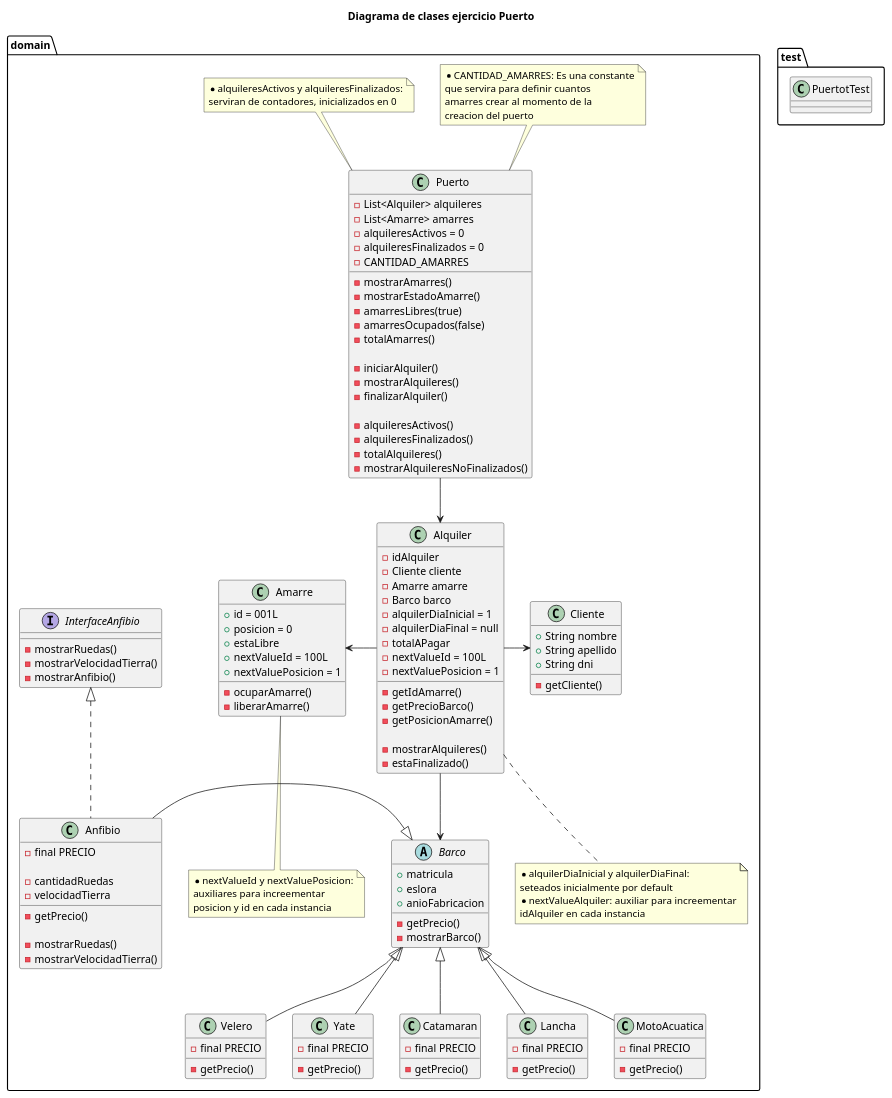
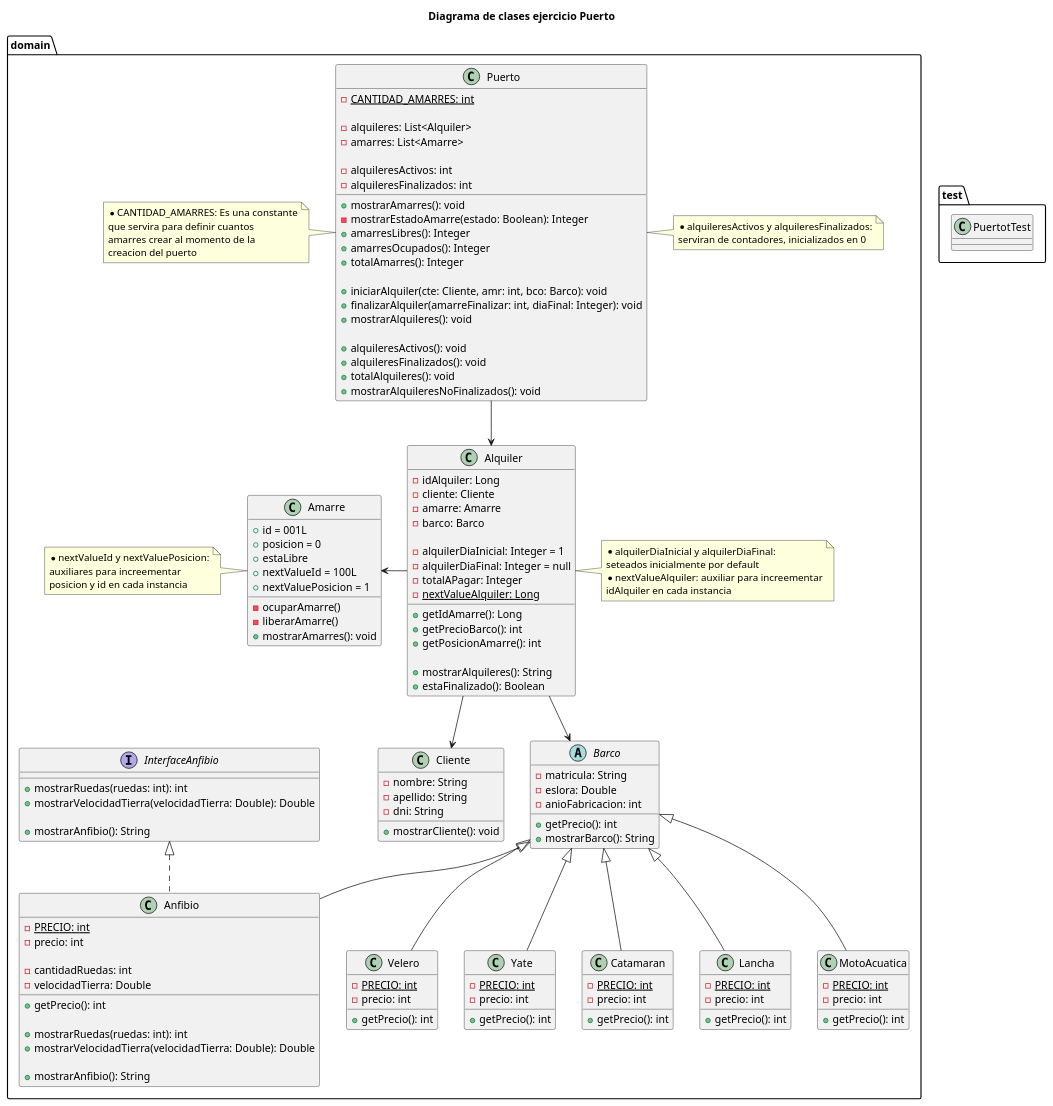
One commit to gioruanova/dvpoo20232cpuertoruanovajorge changed the diagram in src/doc/diagrama-clases.puml. Above: the diagram before and after it, drawn with PlantUML.

Commit message:
uml updates 2

```diff
--- a/src/doc/diagrama-clases.puml
+++ b/src/doc/diagrama-clases.puml
@@ -1,184 +1,198 @@
 @startuml
 
 title Diagrama de clases ejercicio Puerto
 
 
 package domain{
 
 	class Puerto {
-	-List<Alquiler> alquileres
-	-List<Amarre> amarres
-	-alquileresActivos = 0
-	-alquileresFinalizados = 0
-	-CANTIDAD_AMARRES
+	-{static} CANTIDAD_AMARRES: int
 	
-	-mostrarAmarres()
-	-mostrarEstadoAmarre()
-		-amarresLibres(true)
-		-amarresOcupados(false)
-	-totalAmarres()
+	-alquileres: List<Alquiler>
+	-amarres: List<Amarre>
 	
-	-iniciarAlquiler()
-	-mostrarAlquileres()
-	-finalizarAlquiler()
+	-alquileresActivos: int
+	-alquileresFinalizados: int
 	
-	-alquileresActivos()
-	-alquileresFinalizados()
-	-totalAlquileres()
-	-mostrarAlquileresNoFinalizados()
+	+mostrarAmarres(): void
+	-mostrarEstadoAmarre(estado: Boolean): Integer
+		+amarresLibres(): Integer
+		+amarresOcupados(): Integer
+	+totalAmarres(): Integer
+	
+	+iniciarAlquiler(cte: Cliente, amr: int, bco: Barco): void
+	+finalizarAlquiler(amarreFinalizar: int, diaFinal: Integer): void
+	+mostrarAlquileres(): void
+	
+	+alquileresActivos(): void
+	+alquileresFinalizados(): void
+	+totalAlquileres(): void
+	+mostrarAlquileresNoFinalizados(): void
 	}
-		note top of Puerto
+		note left of Puerto
 	*CANTIDAD_AMARRES: Es una constante 
 	que servira para definir cuantos 
 	amarres crear al momento de la 
 	creacion del puerto
 		end note
 	
-		note top of Puerto
+		note right of Puerto
 	*alquileresActivos y alquileresFinalizados:
 	serviran de contadores, inicializados en 0
 		end note
 	
 
 	class Alquiler {
-	-idAlquiler
-	-Cliente cliente
-	-Amarre amarre
-	-Barco barco
-	-alquilerDiaInicial = 1
-	-alquilerDiaFinal = null
-	-totalAPagar
-	-nextValueId = 100L
-	-nextValuePosicion = 1
+	-idAlquiler: Long
+	-cliente: Cliente
+	-amarre: Amarre
+	-barco: Barco
 	
-	-getIdAmarre()
-	-getPrecioBarco()
-	-getPosicionAmarre()
+	-alquilerDiaInicial: Integer = 1
+	-alquilerDiaFinal: Integer = null
+	-totalAPagar: Integer
+	-{static} nextValueAlquiler: Long
 	
-	-mostrarAlquileres()
-	-estaFinalizado()
+	+getIdAmarre(): Long
+	+getPrecioBarco(): int
+	+getPosicionAmarre(): int
+	
+	+mostrarAlquileres(): String
+	+estaFinalizado(): Boolean
 	}
 	
-		note bottom of Alquiler
+		note right of Alquiler
 	*alquilerDiaInicial y alquilerDiaFinal: 
 	seteados inicialmente por default
 	*nextValueAlquiler: auxiliar para increementar
 	idAlquiler en cada instancia
 		end note
 	
 
 	class Amarre {
 	+id = 001L
 	+posicion = 0
 	+estaLibre
 	+nextValueId = 100L
 	+nextValuePosicion = 1
 	
 	-ocuparAmarre()
 	-liberarAmarre()
+	+mostrarAmarres(): void
 	}
 	
-		note bottom of Amarre
+		note left of Amarre
 	*nextValueId y nextValuePosicion:
 	auxiliares para increementar
 	posicion y id en cada instancia
 		end note
 
 
 	class Cliente {
-	+String nombre
-	+String apellido
-	+String dni
+	-nombre: String
+	-apellido: String
+	-dni: String
 	
-	-getCliente()
+	+mostrarCliente(): void
+	
 	}
 	
 
 	abstract class Barco {
-	+matricula
-	+eslora
-	+anioFabricacion
+	-matricula: String
+	-eslora: Double
+	-anioFabricacion: int
 	
-	-getPrecio()
-	-mostrarBarco()
+	+getPrecio(): int
+	+mostrarBarco(): String
 	}
 	
 	
 	class Velero{
-	-final PRECIO
+	-{static} PRECIO: int
+	-precio: int
 	
-	-getPrecio()
+	+getPrecio(): int
 	}
 	
 	
 	class Yate{
-	-final PRECIO
+	-{static} PRECIO: int
+	-precio: int
 	
-	-getPrecio()
+	+getPrecio(): int
 	}
 	
 	
 	class Catamaran{
-	-final PRECIO
+	-{static} PRECIO: int
+	-precio: int
 	
-	-getPrecio()
+	+getPrecio(): int
 	}
 	
 	
 	class Lancha{
-	-final PRECIO
+	-{static} PRECIO: int
+	-precio: int
 	
-	-getPrecio()
+	+getPrecio(): int
 	}
 	
 	
 	class MotoAcuatica{
-	-final PRECIO
+	-{static} PRECIO: int
+	-precio: int
 	
-	-getPrecio()
+	+getPrecio(): int
 	}
 	
 	
 	class Anfibio{
-	-final PRECIO
+	-{static} PRECIO: int
+	-precio: int
 	
-	-cantidadRuedas
-	-velocidadTierra
+	-cantidadRuedas: int
+	-velocidadTierra: Double
 	
-	-getPrecio()
+	+getPrecio(): int
 	
-	-mostrarRuedas()
-	-mostrarVelocidadTierra()
+	+mostrarRuedas(ruedas: int): int
+	+mostrarVelocidadTierra(velocidadTierra: Double): Double
+	
+	+mostrarAnfibio(): String
 	}
 	
 	
 	interface InterfaceAnfibio{
-	-mostrarRuedas()
-	-mostrarVelocidadTierra()
-	-mostrarAnfibio()
+	+mostrarRuedas(ruedas: int): int
+	+mostrarVelocidadTierra(velocidadTierra: Double): Double
+	
+	+mostrarAnfibio(): String
 	}
 }
 
 	package test{
 	class PuertotTest
 	}
 	
 	
 	
 Puerto --> Alquiler
+Alquiler -down-> Cliente
 Alquiler -left-> Amarre
-Alquiler -right-> Cliente
+
 Alquiler -down-> Barco
 
 Barco <|-- Velero
 Barco <|-- Yate
 Barco <|-- Catamaran
 Barco <|-- Lancha
-Barco <|-right- Anfibio
+Barco <|-- Anfibio
 Barco <|-- MotoAcuatica
 
-InterfaceAnfibio <|.. Anfibio
+InterfaceAnfibio <|.down. Anfibio
 
 
 
 @enduml
```
